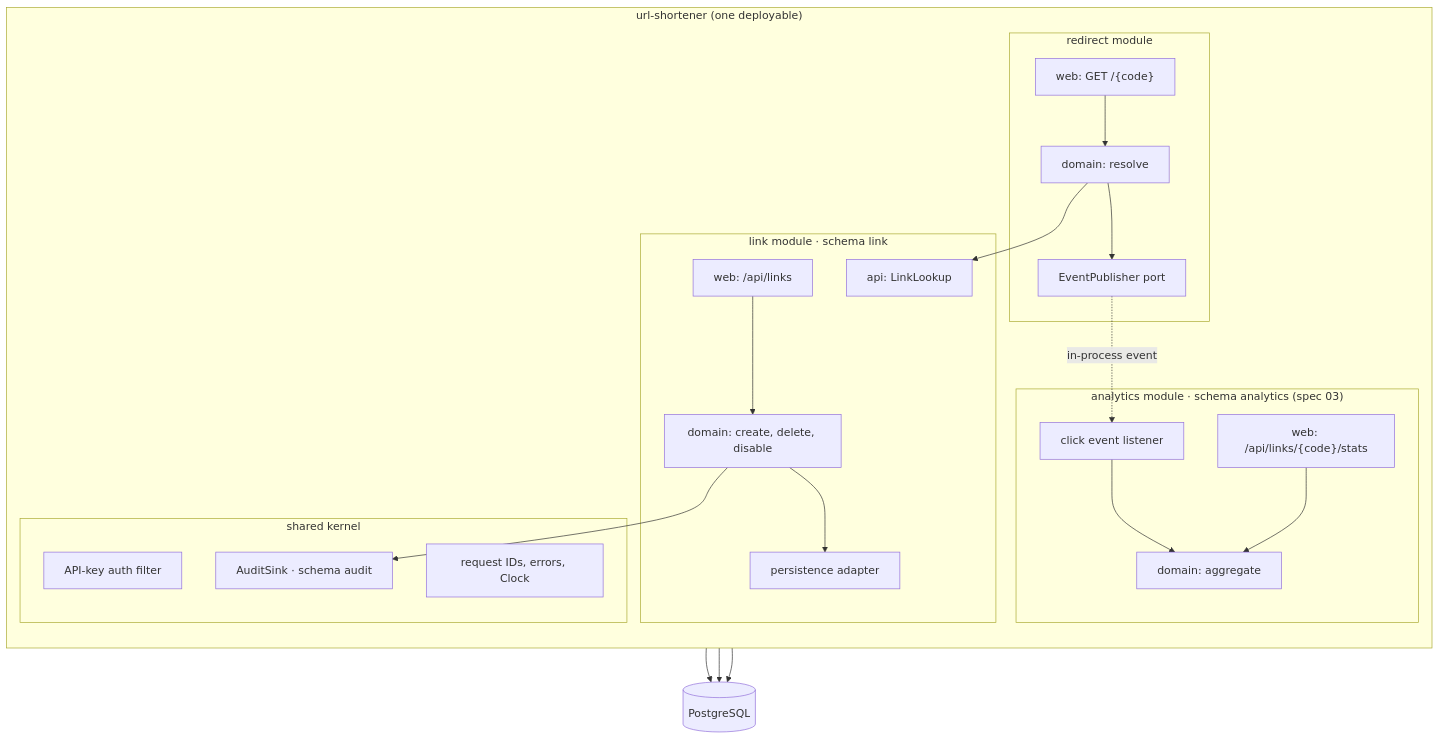
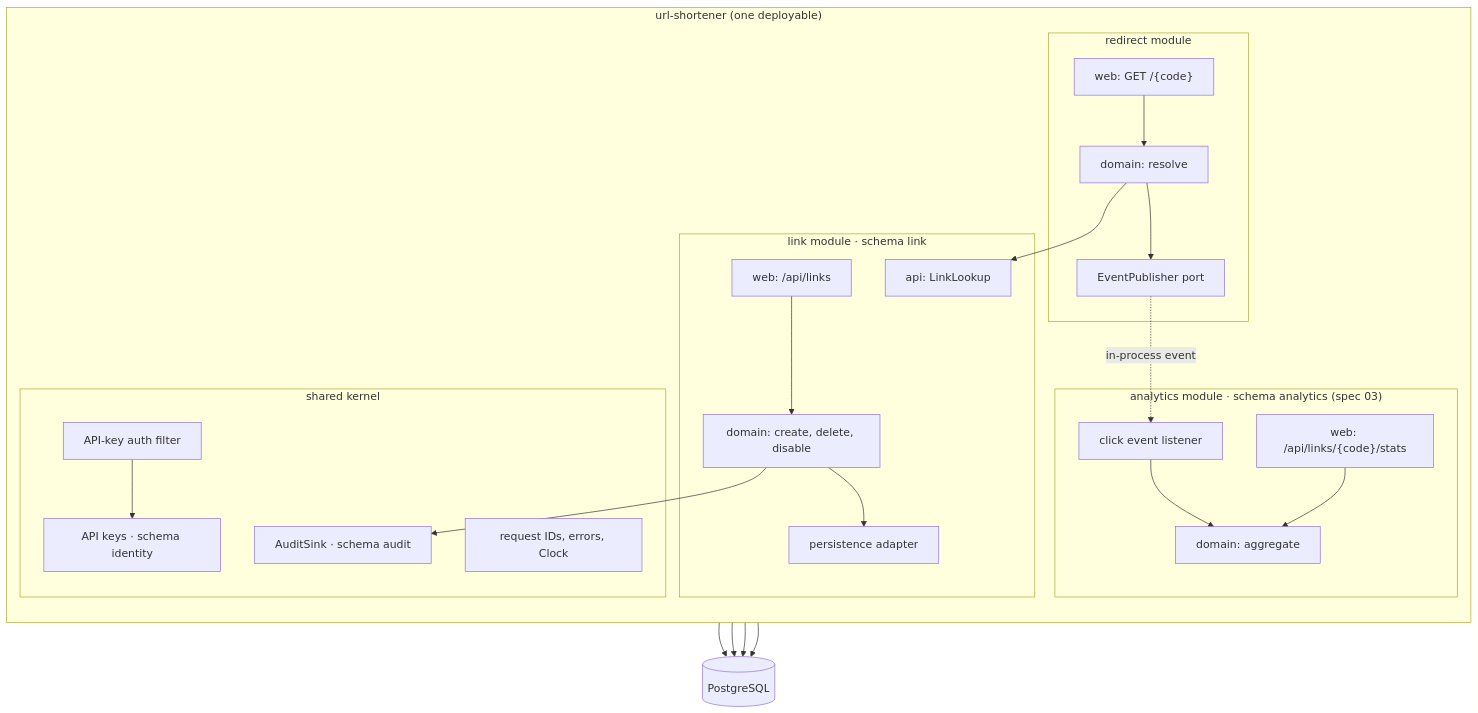
The second of 6 diagrams in docs/ARCHITECTURE.md (harshmittal07/url-shortener), drawn with Mermaid before and after one commit. The commit also changed other lines of this file and 3 other files, not shown here.

````diff
--- a/docs/ARCHITECTURE.md
+++ b/docs/ARCHITECTURE.md
@@ -34,30 +34,33 @@
 ```mermaid
 flowchart TB
   subgraph app["url-shortener (one deployable)"]
     direction TB
     subgraph link["link module · schema link"]
       LW["web: /api/links"] --> LS["domain: create, delete, disable"]
       LS --> LP["persistence adapter"]
       LAPI["api: LinkLookup"]
     end
     subgraph redirect["redirect module"]
       RW["web: GET /{code}"] --> RS["domain: resolve"]
       RS --> LAPI
       RS --> EP["EventPublisher port"]
     end
     subgraph analytics["analytics module · schema analytics (spec 03)"]
       AC["click event listener"] --> AS["domain: aggregate"]
       AW["web: /api/links/{code}/stats"] --> AS
     end
     subgraph shared["shared kernel"]
       SEC["API-key auth filter"]
+      IDN["API keys · schema identity"]
       AUD["AuditSink · schema audit"]
       RID["request IDs, errors, Clock"]
+      SEC --> IDN
     end
     EP -.->|"in-process event"| AC
     LS --> AUD
   end
   LP --> PG[("PostgreSQL")]
+  IDN --> PG
   AUD --> PG
   AS --> PG
 ```
````
